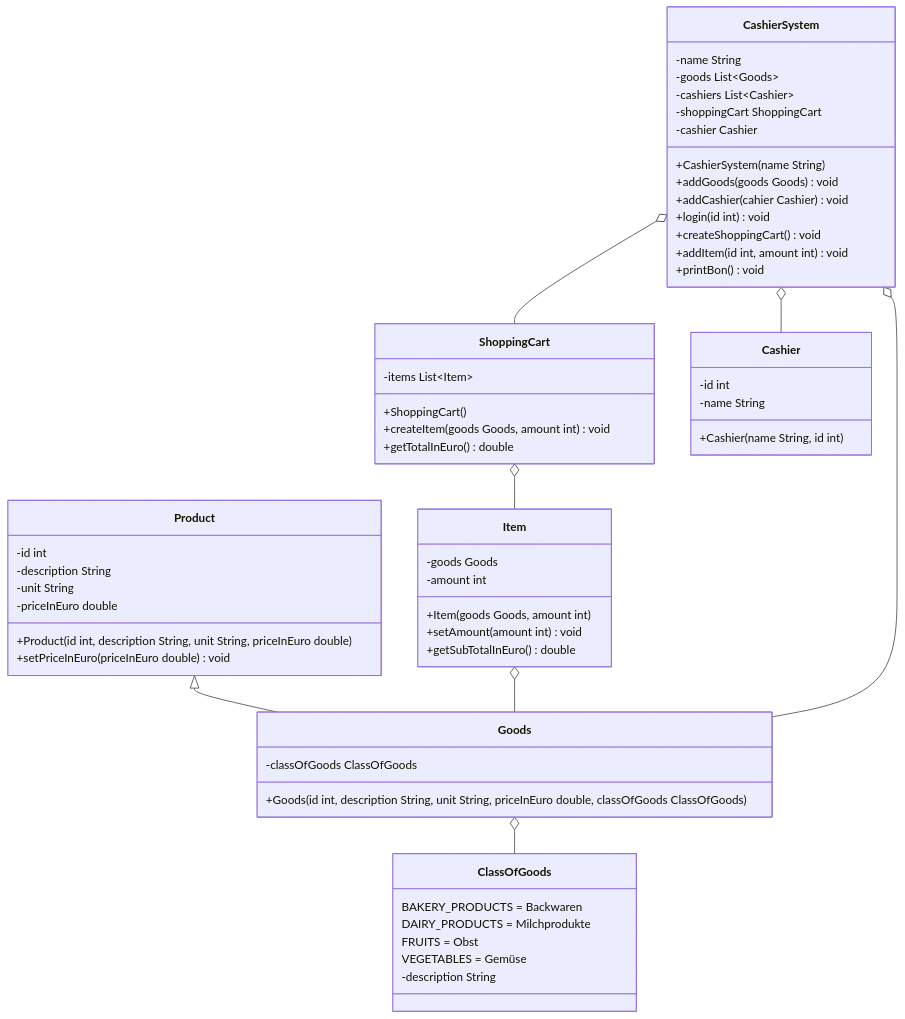
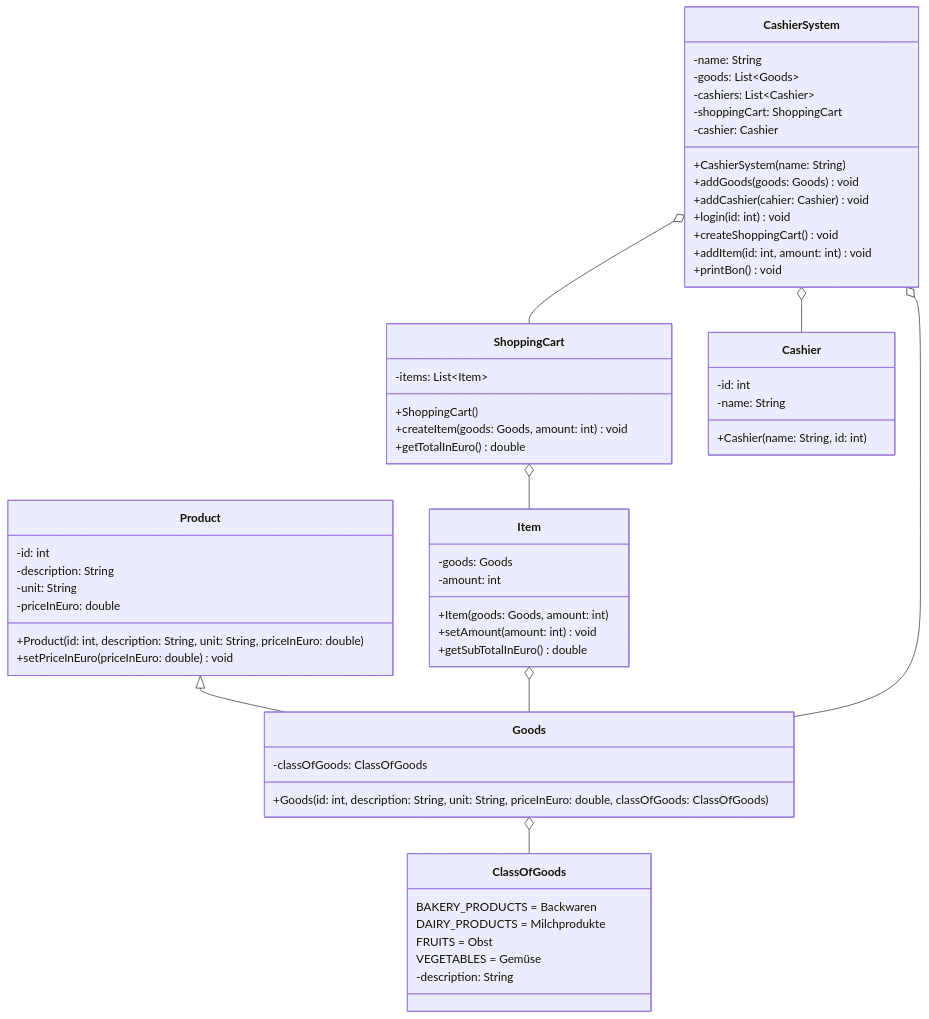
Before and after one commit to jappuccini/java-docs: the diagram in docs/exam-exercises/exam-exercises-java1/cashier-system.md, drawn with Mermaid. The commit also changed other lines of this file and 76 other files, not shown here.

Commit message:
uml fixes (colons, properties), headline fixes (italic) and exam result updates

````diff
--- a/docs/exam-exercises/exam-exercises-java1/cashier-system.md
+++ b/docs/exam-exercises/exam-exercises-java1/cashier-system.md
@@ -12,68 +12,68 @@
 ```mermaid
 classDiagram
     Product <|-- Goods
     Item o-- Goods
     ShoppingCart o-- Item
     Goods o-- ClassOfGoods
     CashierSystem o-- Goods
     CashierSystem o-- Cashier
     CashierSystem o-- ShoppingCart
 
     class Product {
-        -id int
-        -description String
-        -unit String
-        -priceInEuro double
-        +Product(id int, description String, unit String, priceInEuro double)
-        +setPriceInEuro(priceInEuro double) void
+        -id: int
+        -description: String
+        -unit: String
+        -priceInEuro: double
+        +Product(id: int, description: String, unit: String, priceInEuro: double)
+        +setPriceInEuro(priceInEuro: double) void
     }
 
     class Goods {
-        -classOfGoods ClassOfGoods
-        +Goods(id int, description String, unit String, priceInEuro double, classOfGoods ClassOfGoods)
+        -classOfGoods: ClassOfGoods
+        +Goods(id: int, description: String, unit: String, priceInEuro: double, classOfGoods: ClassOfGoods)
     }
 
     class Item {
-        -goods Goods
-        -amount int
-        +Item(goods Goods, amount int)
-        +setAmount(amount int) void
+        -goods: Goods
+        -amount: int
+        +Item(goods: Goods, amount: int)
+        +setAmount(amount: int) void
         +getSubTotalInEuro() double
     }
 
     class ShoppingCart {
-        -items List~Item~
+        -items: List~Item~
         +ShoppingCart()
-        +createItem(goods Goods, amount int) void
+        +createItem(goods: Goods, amount: int) void
         +getTotalInEuro() double
     }
 
     class ClassOfGoods {
         BAKERY_PRODUCTS = Backwaren
         DAIRY_PRODUCTS = Milchprodukte
         FRUITS = Obst
         VEGETABLES = Gemüse
-        -description String
+        -description: String
     }
 
     class CashierSystem {
-        -name String
-        -goods List~Goods~
-        -cashiers List~Cashier~
-        -shoppingCart ShoppingCart
-        -cashier Cashier
-        +CashierSystem(name String)
-        +addGoods(goods Goods) void
-        +addCashier(cahier Cashier) void
-        +login(id int) void
+        -name: String
+        -goods: List~Goods~
+        -cashiers: List~Cashier~
+        -shoppingCart: ShoppingCart
+        -cashier: Cashier
+        +CashierSystem(name: String)
+        +addGoods(goods: Goods) void
+        +addCashier(cahier: Cashier) void
+        +login(id: int) void
         +createShoppingCart() void
-        +addItem(id int, amount int) void
+        +addItem(id: int, amount: int) void
         +printBon() void
     }
 
     class Cashier {
-        -id int
-        -name String
-        +Cashier(name String, id int)
+        -id: int
+        -name: String
+        +Cashier(name: String, id: int)
     }
 ```
````
